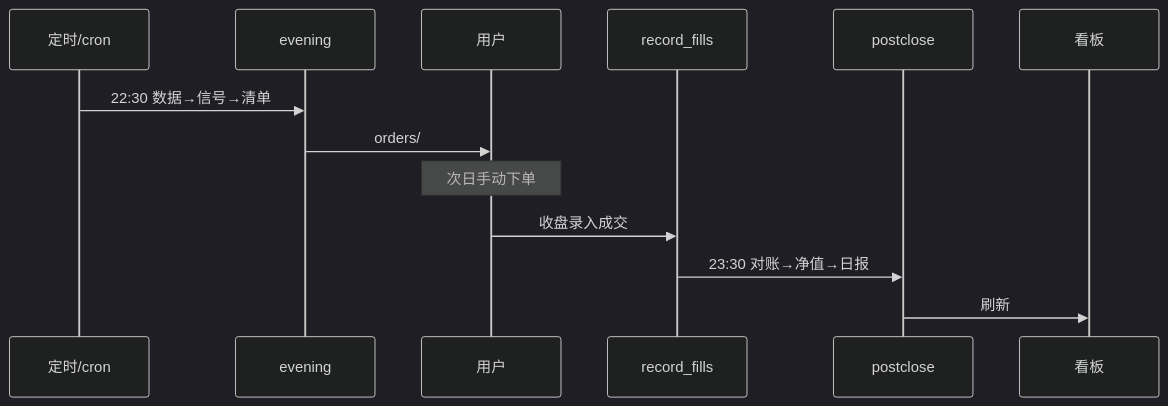
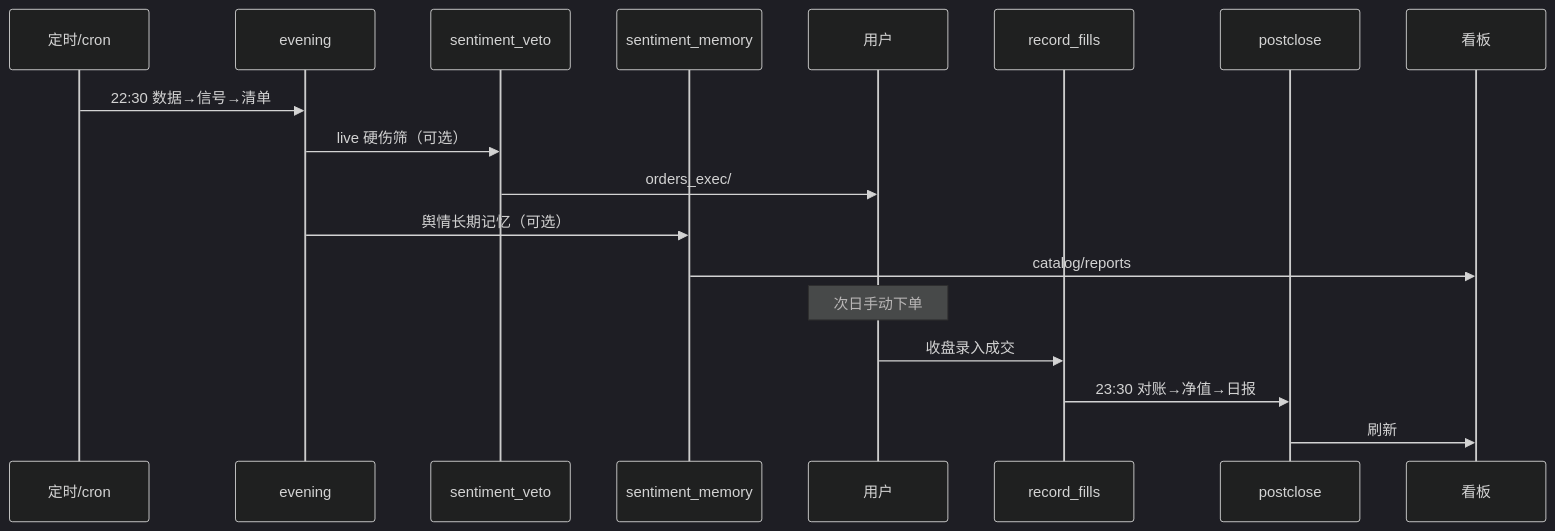
The third of 4 diagrams in docs/FLOWCHARTS.md (abell12134/abq), drawn with Mermaid (dark theme) before and after one commit. The commit also changed other lines of this file and 26 other files, not shown here.

First line of the commit message:
feat: add sentiment memory tracking and hard-veto overlay for live ops

````diff
--- a/docs/FLOWCHARTS.md
+++ b/docs/FLOWCHARTS.md
@@ -171,15 +173,20 @@
 ```mermaid
 sequenceDiagram
     participant M as 定时/cron
     participant S as evening
+    participant V as sentiment_veto
+    participant Mem as sentiment_memory
     participant U as 用户
     participant F as record_fills
     participant P as postclose
     participant W as 看板
     M->>S: 22:30 数据→信号→清单
-    S->>U: orders/
+    S->>V: live 硬伤筛（可选）
+    V->>U: orders_exec/
+    S->>Mem: 舆情长期记忆（可选）
+    Mem->>W: catalog/reports
     Note over U: 次日手动下单
     U->>F: 收盘录入成交
     F->>P: 23:30 对账→净值→日报
     P->>W: 刷新
 ```
````
